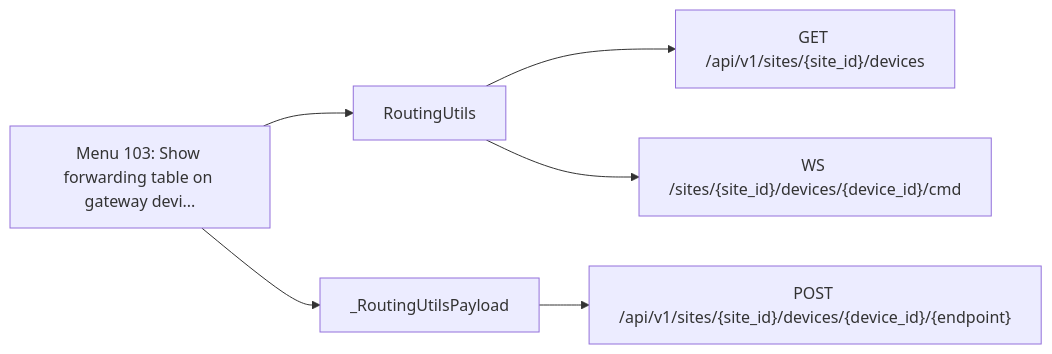
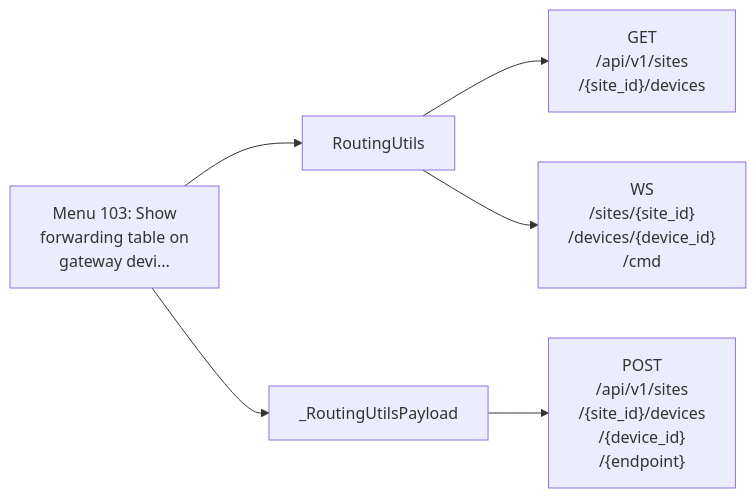
Before and after one commit to jmorrison-juniper/MistHelper: the third of 23 diagrams in documentation/menu-api/websocket.md, drawn with Mermaid. The commit also changed other lines of this file and 19 other files, not shown here.

First line of the commit message:
docs(menu-api): fit the Mermaid diagrams to the wiki column

````diff
--- a/documentation/menu-api/websocket.md
+++ b/documentation/menu-api/websocket.md
@@ -156,9 +64,9 @@
 ```mermaid
 flowchart LR
-    menu["Menu 103: Show forwarding table on gateway devi..."]
+    menu["Menu 103: Show<br/>forwarding table on<br/>gateway devi..."]
     menu --> c1["RoutingUtils"]
-    c1 --> e1["GET /api/v1/sites/{site_id}/devices"]
-    c1 --> e2["WS /sites/{site_id}/devices/{device_id}/cmd"]
+    c1 --> e1["GET<br/>/api/v1/sites<br/>/{site_id}/devices"]
+    c1 --> e2["WS<br/>/sites/{site_id}<br/>/devices/{device_id}<br/>/cmd"]
     menu --> c2["_RoutingUtilsPayload"]
-    c2 --> e3["POST /api/v1/sites/{site_id}/devices/{device_id}/{endpoint}"]
+    c2 --> e3["POST<br/>/api/v1/sites<br/>/{site_id}/devices<br/>/{device_id}<br/>/{endpoint}"]
 ```
````
